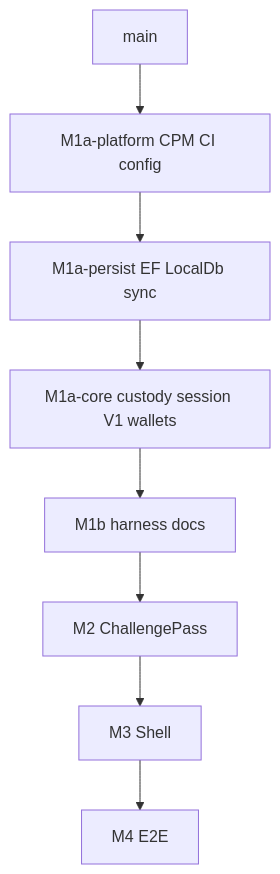
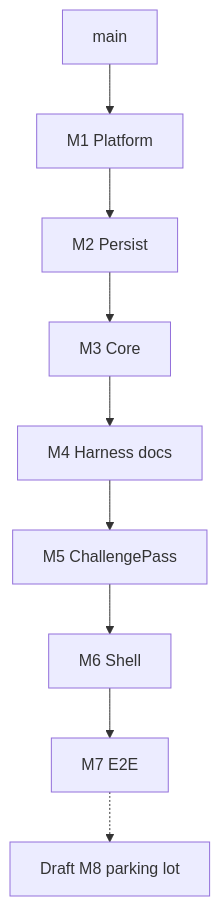
Before and after one commit to CB-st/CipherBank-App: the diagram in docs/superpowers/plans/2026-08-11-maui-review-stack-reorg.md, drawn with Mermaid. The commit also changed other lines of this file, not shown here.

First line of the commit message:
docs: renumber review stack to M1–M7 with draft parking lot

````diff
--- a/docs/superpowers/plans/2026-08-11-maui-review-stack-reorg.md
+++ b/docs/superpowers/plans/2026-08-11-maui-review-stack-reorg.md
@@ -24,12 +35,14 @@
 ```mermaid
 flowchart TB
   main[main]
-  P[M1a-platform CPM CI config]
-  R[M1a-persist EF LocalDb sync]
-  C[M1a-core custody session V1 wallets]
-  B[M1b harness docs]
-  M2[M2 ChallengePass]
-  M3[M3 Shell]
-  M4[M4 E2E]
-  main --> P --> R --> C --> B --> M2 --> M3 --> M4
+  M1[M1 Platform]
+  M2[M2 Persist]
+  M3[M3 Core]
+  M4[M4 Harness docs]
+  M5[M5 ChallengePass]
+  M6[M6 Shell]
+  M7[M7 E2E]
+  D[Draft M8 parking lot]
+  main --> M1 --> M2 --> M3 --> M4 --> M5 --> M6 --> M7
+  M7 -.-> D
 ```
````
